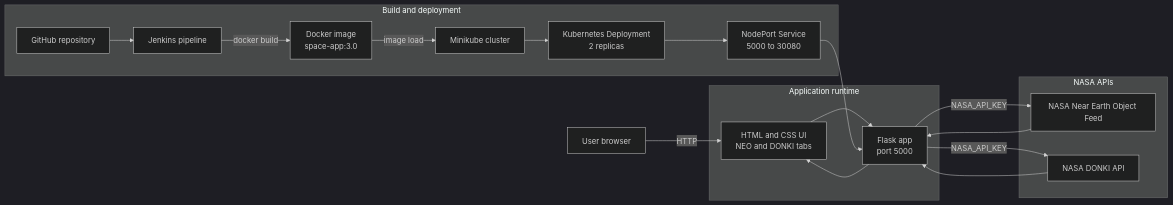
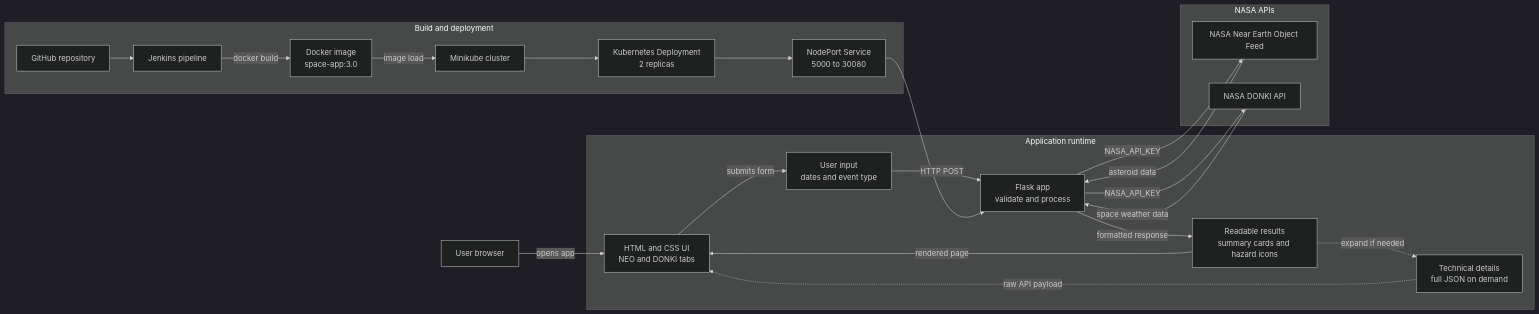
The diagram in README.md (HarshithaDA/NASA-Space-Data-App), drawn with Mermaid (dark theme) before and after one commit. The commit also changed other lines of this file, not shown here.

Commit message:
Update architecture diagram

````diff
--- a/README.md
+++ b/README.md
@@ -12,38 +12,45 @@
 ```mermaid
 flowchart LR
 	User[User browser]
 
 	subgraph Runtime[Application runtime]
-		Flask[Flask app\nport 5000]
 		UI[HTML and CSS UI\nNEO and DONKI tabs]
+		Input[User input\ndates and event type]
+		Flask[Flask app\nvalidate and process]
+		Results[Readable results\nsummary cards and hazard icons]
+		Technical[Technical details\nfull JSON on demand]
 	end
 
 	subgraph NASA[NASA APIs]
 		NEO[NASA Near Earth Object Feed]
 		DONKI[NASA DONKI API]
 	end
 
-	User -->|HTTP| UI
-	UI --> Flask
+	User -->|opens app| UI
+	UI -->|submits form| Input
+	Input -->|HTTP POST| Flask
 	Flask -->|NASA_API_KEY| NEO
 	Flask -->|NASA_API_KEY| DONKI
-	NEO --> Flask
-	DONKI --> Flask
-	Flask --> UI
+	NEO -->|asteroid data| Flask
+	DONKI -->|space weather data| Flask
+	Flask -->|formatted response| Results
+	Results -->|rendered page| UI
+	Results -.->|expand if needed| Technical
+	Technical -.->|raw API payload| UI
 
 	subgraph Delivery[Build and deployment]
 		GitHub[GitHub repository]
 		Jenkins[Jenkins pipeline]
 		Docker[Docker image\nspace-app:3.0]
 		Minikube[Minikube cluster]
 		Deployment[Kubernetes Deployment\n2 replicas]
 		Service[NodePort Service\n5000 to 30080]
 	end
 
 	GitHub --> Jenkins
 	Jenkins -->|docker build| Docker
 	Docker -->|image load| Minikube
 	Minikube --> Deployment
 	Deployment --> Service
 	Service --> Flask
 ```
````
